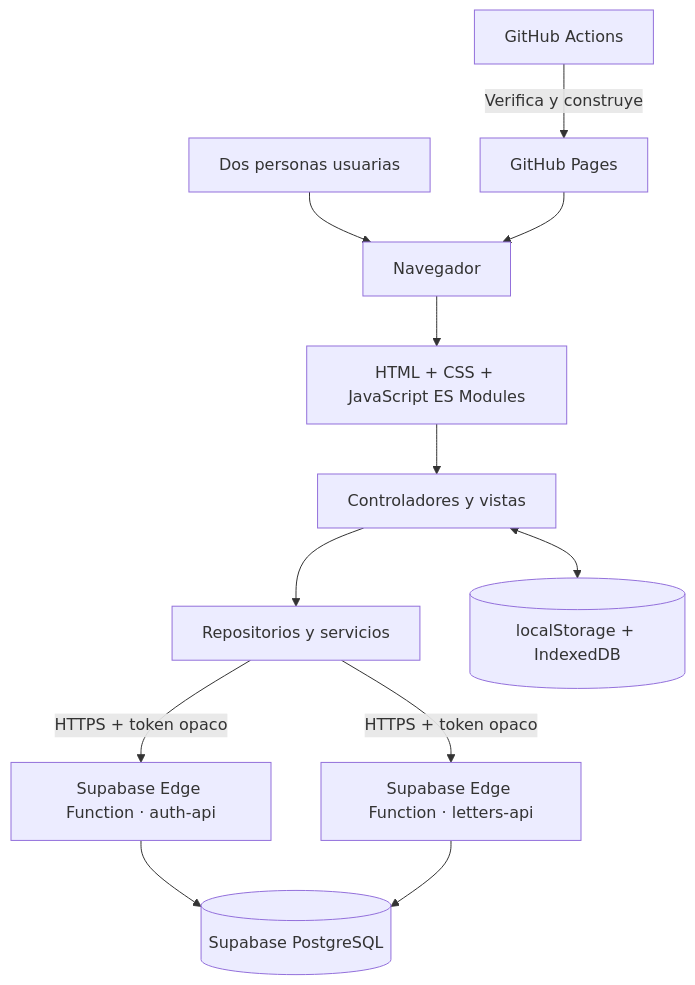
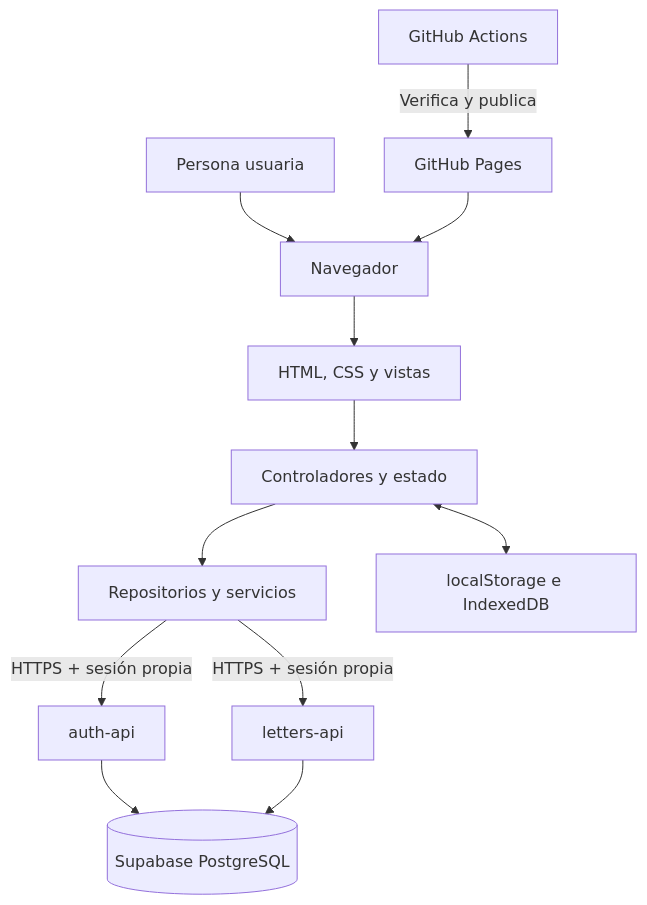
Before and after one commit to DeividD11/Nuestro-rincon: the diagram in README.md, drawn with Mermaid. The commit also changed other lines of this file and 2 other files, not shown here.

Commit message:
Actualizar repositorio con versión local

````diff
--- a/README.md
+++ b/README.md
@@ -174,14 +134,14 @@
 ```mermaid
 flowchart TD
-    USER[Dos personas usuarias] --> WEB[Navegador]
-    WEB --> HTML[HTML + CSS + JavaScript ES Modules]
-    HTML --> MVC[Controladores y vistas]
-    MVC --> SERVICES[Repositorios y servicios]
-    SERVICES -->|HTTPS + token opaco| AUTH[Supabase Edge Function · auth-api]
-    SERVICES -->|HTTPS + token opaco| LETTERS[Supabase Edge Function · letters-api]
-    AUTH --> DB[(Supabase PostgreSQL)]
-    LETTERS --> DB
-    MVC <--> LOCAL[(localStorage + IndexedDB)]
-    ACTIONS[GitHub Actions] -->|Verifica y construye| SITE[GitHub Pages]
-    SITE --> WEB
+    U[Persona usuaria] --> B[Navegador]
+    B --> V[HTML, CSS y vistas]
+    V --> C[Controladores y estado]
+    C --> R[Repositorios y servicios]
+    R -->|HTTPS + sesión propia| E1[auth-api]
+    R -->|HTTPS + sesión propia| E2[letters-api]
+    E1 --> DB[(Supabase PostgreSQL)]
+    E2 --> DB
+    C <--> L[localStorage e IndexedDB]
+    GH[GitHub Actions] -->|Verifica y publica| P[GitHub Pages]
+    P --> B
 ```
````
